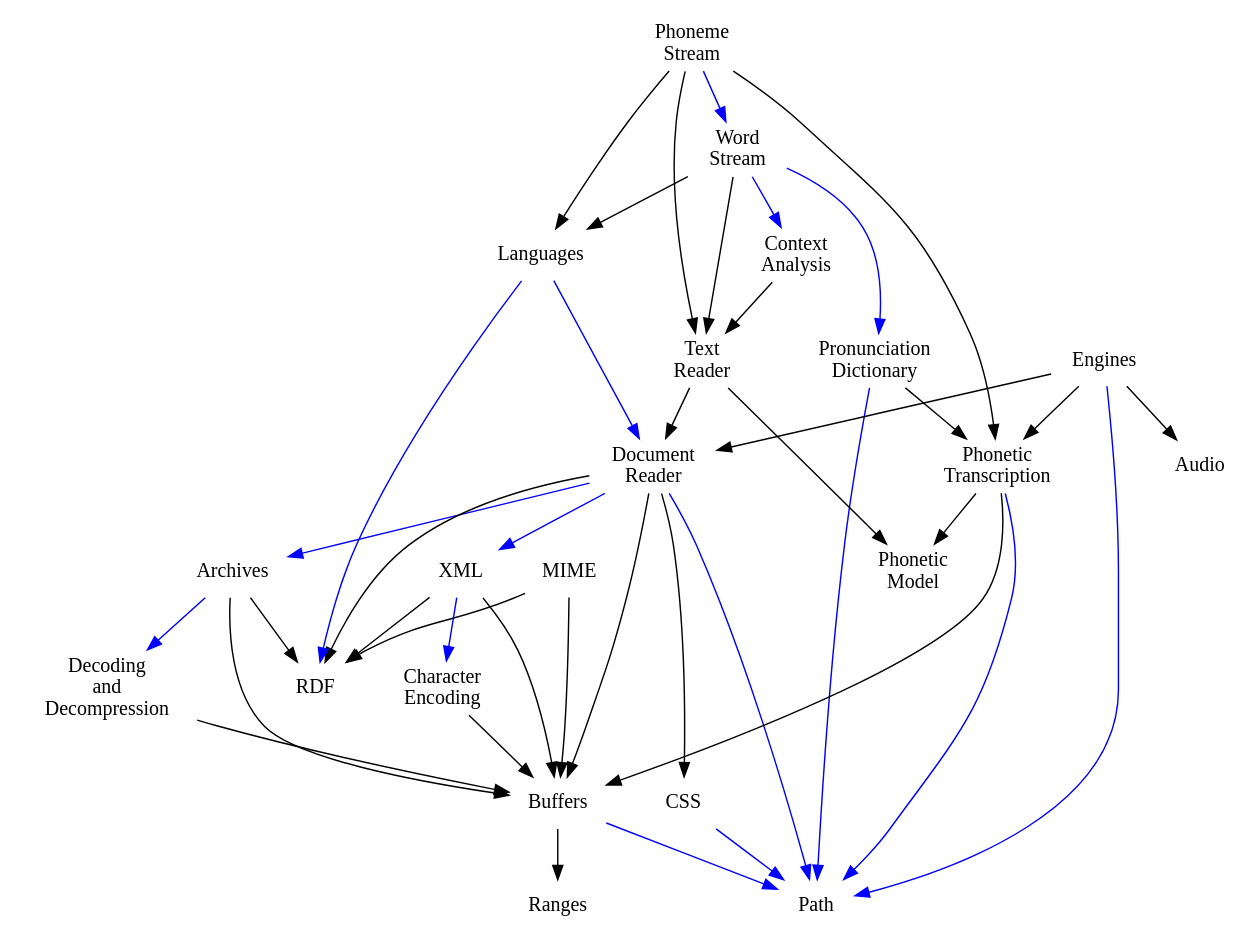
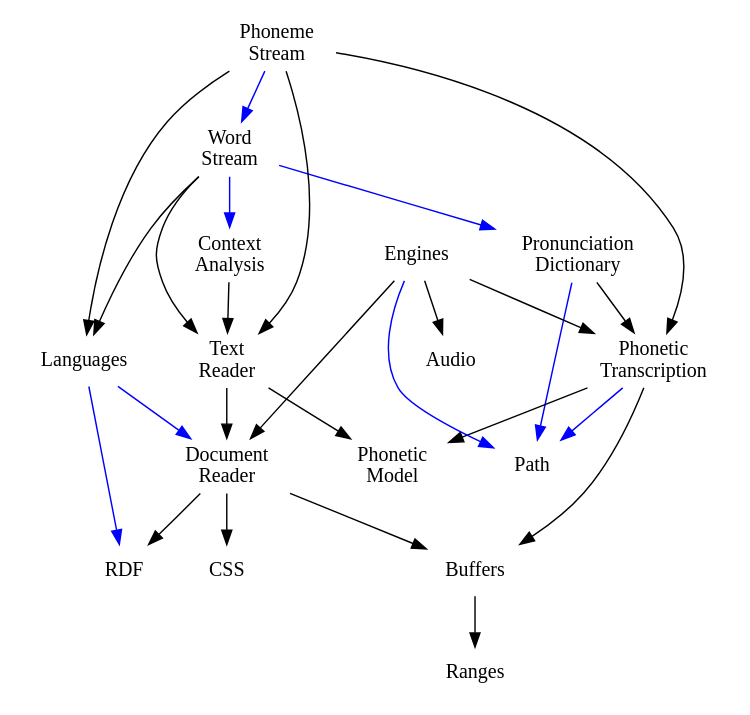
The diagram in docs/api/src/architecture.dot (rhdunn/cainteoir-engine), drawn with Graphviz before and after one commit. The commit also changed 3 other files, not shown here.

Commit message:
docs: split out the document reader implementation modules from the architecture diagram

```diff
--- a/docs/api/src/architecture.dot
+++ b/docs/api/src/architecture.dot
@@ -1,109 +1,65 @@
 digraph "Architecture" {
 
-	archives               [shape=none, label="Archives", URL="group__archives.html"]
 	audio                  [shape=none, label="Audio", URL="group__audio.html"]
 	buffers                [shape=none, label="Buffers", URL="group__buffers.html"]
-	encoding               [shape=none, label="Character&#x0A;Encoding", URL="group__encoding.html"]
 	css                    [shape=none, label="CSS", URL="group__css.html"]
-	decoders               [shape=none, label="Decoding&#x0A;and&#x0A;Decompression", URL="group__decoders.html"]
 	dictionary             [shape=none, label="Pronunciation&#x0A;Dictionary", URL="group__dictionary.html"]
 	document_reader        [shape=none, label="Document&#x0A;Reader", URL="group__document__reader.html"]
 	languages              [shape=none, label="Languages", URL="group__languages.html"]
-	mime                   [shape=none, label="MIME", URL="group__mime.html"]
 	path                   [shape=none, label="Path", URL="group__path.html"]
 	phoneme_model          [shape=none, label="Phonetic&#x0A;Model", URL="group__phoneme.html"]
 	phoneme_transcription  [shape=none, label="Phonetic&#x0A;Transcription", URL="group__phonetic__transcription.html"]
 	ranges                 [shape=none, label="Ranges", URL="group__ranges.html"]
 	rdf                    [shape=none, label="RDF", URL="group__rdf.html"]
 	text_reader            [shape=none, label="Text&#x0A;Reader", URL="group__text__reader.html"]
 	context_analysis       [shape=none, label="Context&#x0A;Analysis", URL="group__context__analysis.html"]
 	word_stream            [shape=none, label="Word&#x0A;Stream", URL="group__word__stream.html"]
 	phoneme_stream         [shape=none, label="Phoneme&#x0A;Stream", URL="group__phoneme__stream.html"]
 	tts_engines            [shape=none, label="Engines", URL="group__tts__engines.html"]
-	xml                    [shape=none, label="XML", URL="group__xml.html"]
 
 	// usage (API)
 
 	buffers -> ranges [color=black]
 
-	archives -> buffers [color=black]
-	archives -> rdf [color=black]
-
-	decoders -> buffers [color=black]
-
-	encoding -> buffers [color=black]
-
-//	dictionary -> buffers [color=black] // transitive dependency
-//	dictionary -> phoneme_model [color=black] // transitive dependency
 	dictionary -> phoneme_transcription [color=black]
 
 	document_reader -> buffers [color=black]
 	document_reader -> rdf     [color=black]
 	document_reader -> css     [color=black]
 
-	mime -> buffers [color=black]
-	mime -> rdf [color=black]
-
 	phoneme_transcription -> buffers [color=black]
 	phoneme_transcription -> phoneme_model [color=black]
 
-	xml -> buffers [color=black]
-	xml -> rdf [color=black]
-
-//	text_reader -> buffers [color=black] // transitive dependency
-//	text_reader -> ranges [color=black] // transitive dependency
 	text_reader -> phoneme_model [color=black]
 	text_reader -> document_reader [color=black]
 
-//	context_analysis -> document_reader [color=black] // transitive dependency
 	context_analysis -> text_reader [color=black]
 
-//	word_stream -> document_reader [color=black] // transitive dependency
 	word_stream -> text_reader [color=black]
 	word_stream -> languages [color=black]
 
-//	phoneme_stream -> document_reader [color=black] // transitive dependency
 	phoneme_stream -> text_reader [color=black]
 	phoneme_stream -> languages [color=black]
 	phoneme_stream -> phoneme_transcription [color=black]
 
 	tts_engines -> document_reader [color=black]
 	tts_engines -> audio [color=black]
-//	tts_engines -> rdf [color=black] // transitive dependency
 	tts_engines -> phoneme_transcription [color=black]
 
 	// usage (implementation)
 
-	archives -> decoders [color=blue]
-
-	buffers -> path [color=blue]
-
-	css -> path [color=blue]
-
 	dictionary -> path [color=blue]
-
-	document_reader -> archives [color=blue]
-//	document_reader -> encoding [color=blue] // transitive dependency
-//	document_reader -> decoders [color=blue] // transitive dependency
-	document_reader -> path [color=blue]
-	document_reader -> xml [color=blue]
 
 	languages -> rdf [color=blue]
 	languages -> document_reader [color=blue]
-//	languages -> path [color=blue] // transitive dependency
 
 	phoneme_transcription -> path [color=blue]
 
 	tts_engines -> path [color=blue]
 
-//	word_stream -> path [color=blue] // transitive dependency
 	word_stream -> context_analysis [color=blue]
 	word_stream -> dictionary [color=blue]
 
-//	phoneme_stream -> path [color=blue] // transitive dependency
 	phoneme_stream -> word_stream [color=blue]
-//	phoneme_stream -> dictionary [color=blue] // transitive dependency
-
-	xml -> encoding [color=blue]
 
 }
```
